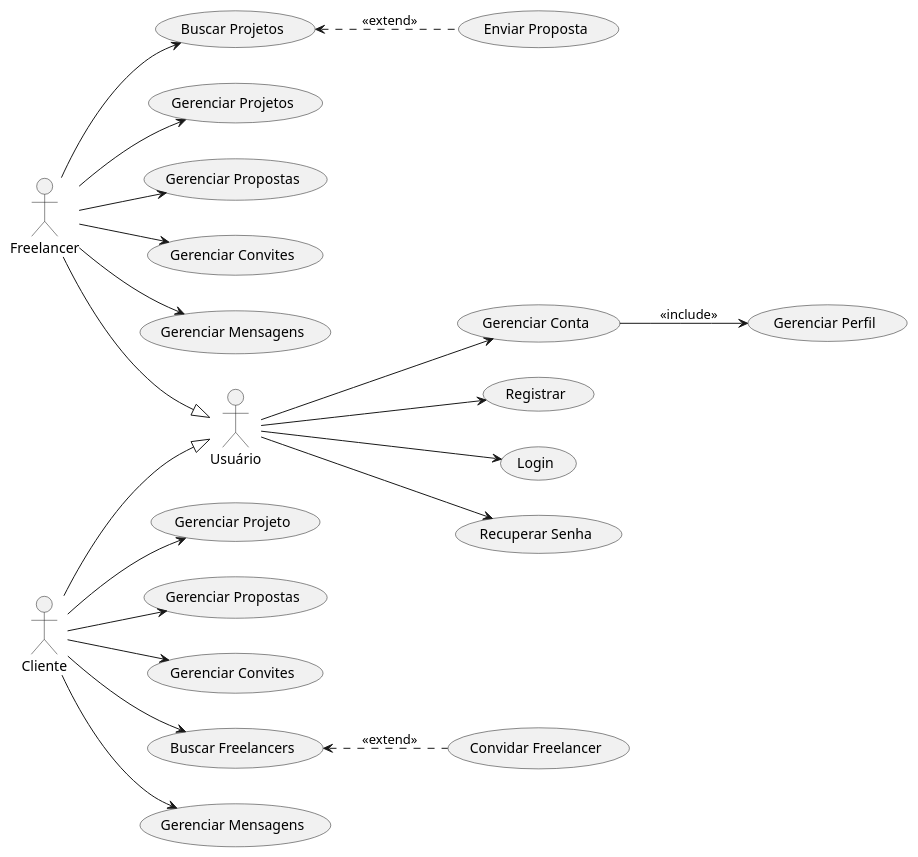
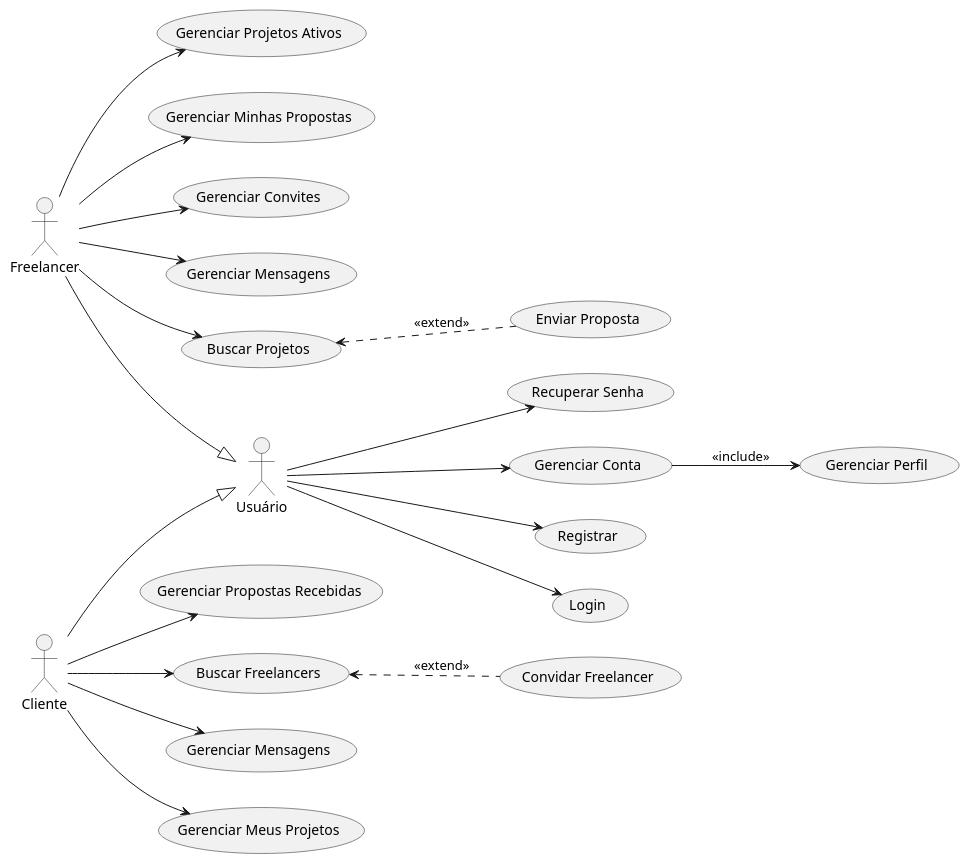
The diagram in docs/useCaseDiagram.puml (lucasneiva/armoredcode), drawn with PlantUML before and after one commit.

Commit message:
useCase update

```diff
--- a/docs/useCaseDiagram.puml
+++ b/docs/useCaseDiagram.puml
@@ -1,54 +1,52 @@
 @startuml usecase diagram
 left to right direction
 
 actor Usuário as User
 actor Freelancer
 actor Cliente
 
 usecase "Registrar" as UC_Registrar
 usecase "Login" as UC_Login
 usecase "Recuperar Senha" as UC_RecuperarSenha
 usecase "Gerenciar Conta" as UC_GerenciarConta
 
-usecase "Gerenciar Perfil" as UC1
+usecase "Gerenciar Perfil" as UC_GerenciarPerfil
 
-usecase "Enviar Proposta" as UC6
-usecase "Buscar Projetos" as UC5
-usecase "Gerenciar Projetos" as UC13
-usecase "Gerenciar Propostas" as UC14
-usecase "Gerenciar Convites" as UC10
-usecase "Gerenciar Mensagens" as UC11
+usecase "Enviar Proposta" as UC_EnviarProposta
+usecase "Buscar Projetos" as UC_BuscarProjetos
+usecase "Gerenciar Projetos Ativos" as UC_GPA
+usecase "Gerenciar Minhas Propostas" as UC_GMPropostas
+usecase "Gerenciar Convites" as UC_GerenciarConvites
+usecase "Gerenciar Mensagens" as UC_GerenciarMensagens1
 
-usecase "Gerenciar Projeto" as UC7
-usecase "Gerenciar Propostas" as UC9
-usecase "Convidar Freelancer" as UC8
-usecase "Gerenciar Convites" as UC35
-usecase "Buscar Freelancers" as UC25
-usecase "Gerenciar Mensagens" as UC12
+usecase "Gerenciar Meus Projetos" as UC_GMProjetos
+usecase "Gerenciar Propostas Recebidas" as UC_GPR
+usecase "Convidar Freelancer" as UC_ConvidarFreelancer
+usecase "Buscar Freelancers" as UC_BuscarFreelancers
+usecase "Gerenciar Mensagens" as UC_GerenciarMensagens2
 
-User --> UC_Registrar
+User --> UC_GerenciarConta
 User --> UC_Login
 User --> UC_RecuperarSenha
-User --> UC_GerenciarConta
+User --> UC_Registrar
 
 Cliente --|> User
 Freelancer --|> User
 
-UC_GerenciarConta --> UC1 : <<include>>
+UC_GerenciarConta --> UC_GerenciarPerfil : <<include>>
 
-UC5 <.. UC6 : <<extend>>  
-UC25 <.. UC8 : <<extend>>
+UC_BuscarFreelancers <.. UC_ConvidarFreelancer : <<extend>>  
+UC_BuscarProjetos <.. UC_EnviarProposta : <<extend>>
 
-Freelancer --> UC5
-Freelancer --> UC10
-Freelancer --> UC11
-Freelancer --> UC13
-Freelancer --> UC14
+Freelancer --> UC_BuscarProjetos
+Freelancer --> UC_GerenciarConvites
+Freelancer --> UC_GerenciarMensagens1
+Freelancer --> UC_GPA
+Freelancer --> UC_GMPropostas
 
-Cliente --> UC7
-Cliente --> UC9
-Cliente --> UC35
-Cliente --> UC25
-Cliente --> UC12
+Cliente --> UC_BuscarFreelancers
+Cliente --> UC_GerenciarMensagens2
+Cliente --> UC_GMProjetos
+Cliente --> UC_GPR
 
 @enduml 
```
